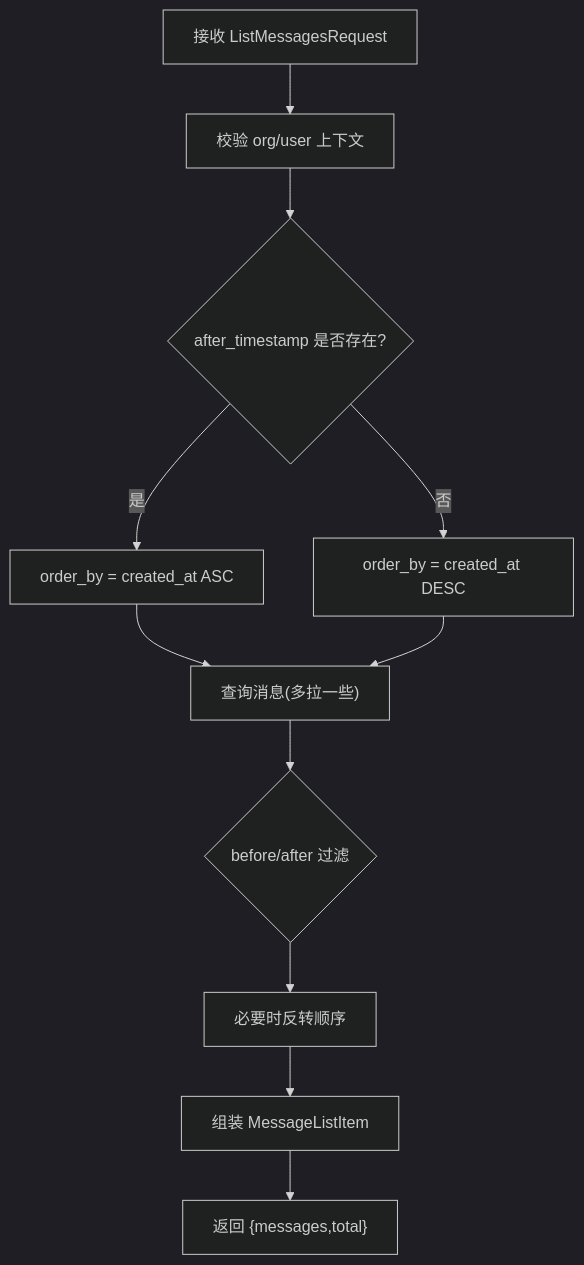
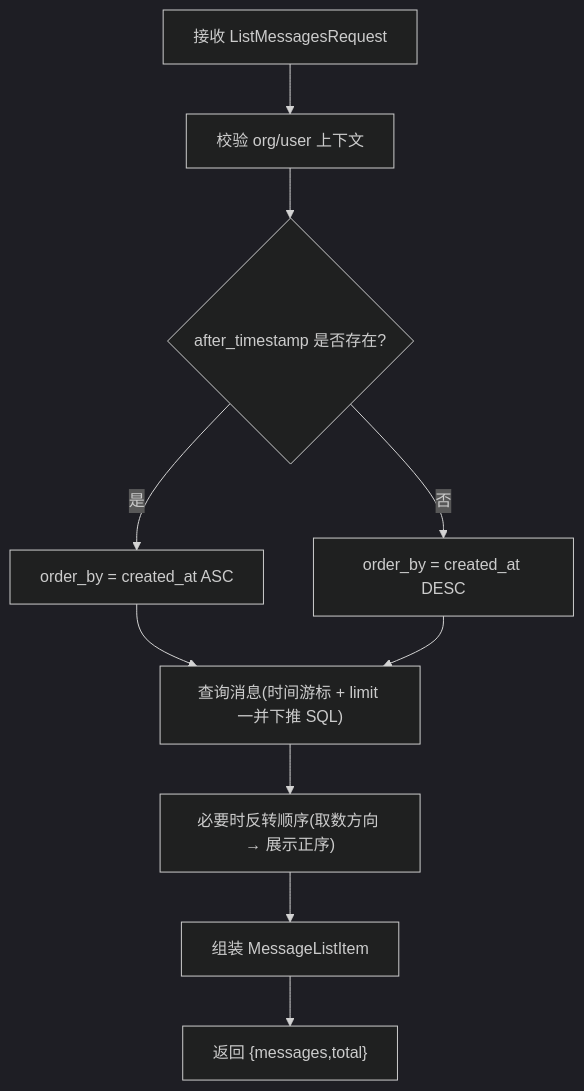
Before and after one commit to runningcoders/ai_orz: the fifth of 9 diagrams in docs/wiki/zh/content/API 参考/RESTful API/财务管理模块 API/消息处理 API.md, drawn with Mermaid (dark theme). The commit also changed other lines of this file and 1 other file, not shown here.

````diff
--- a/docs/wiki/zh/content/API 参考/RESTful API/财务管理模块 API/消息处理 API.md
+++ b/docs/wiki/zh/content/API 参考/RESTful API/财务管理模块 API/消息处理 API.md
@@ -204,13 +206,12 @@
 ```mermaid
 flowchart TD
 A["接收 ListMessagesRequest"] --> B["校验 org/user 上下文"]
 B --> C{"after_timestamp 是否存在?"}
 C -- 是 --> D["order_by = created_at ASC"]
 C -- 否 --> E["order_by = created_at DESC"]
-D --> F["查询消息(多拉一些)"]
+D --> F["查询消息(时间游标 + limit 一并下推 SQL)"]
 E --> F
-F --> G{"before/after 过滤"}
-G --> H["必要时反转顺序"]
-H --> I["组装 MessageListItem"]
+F --> G["必要时反转顺序(取数方向 → 展示正序)"]
+G --> I["组装 MessageListItem"]
 I --> J["返回 {messages,total}"]
 ```
````
